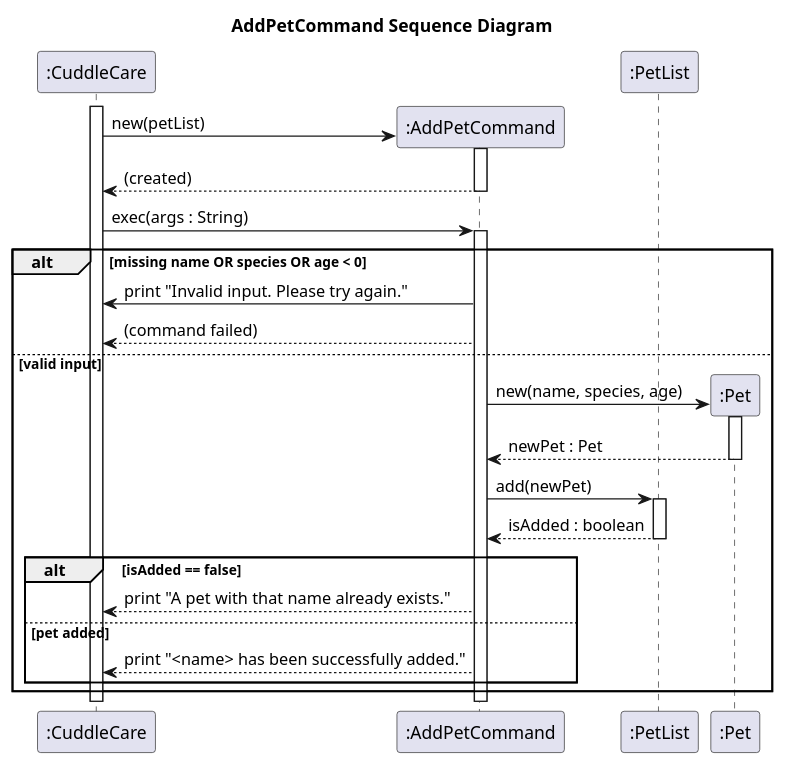
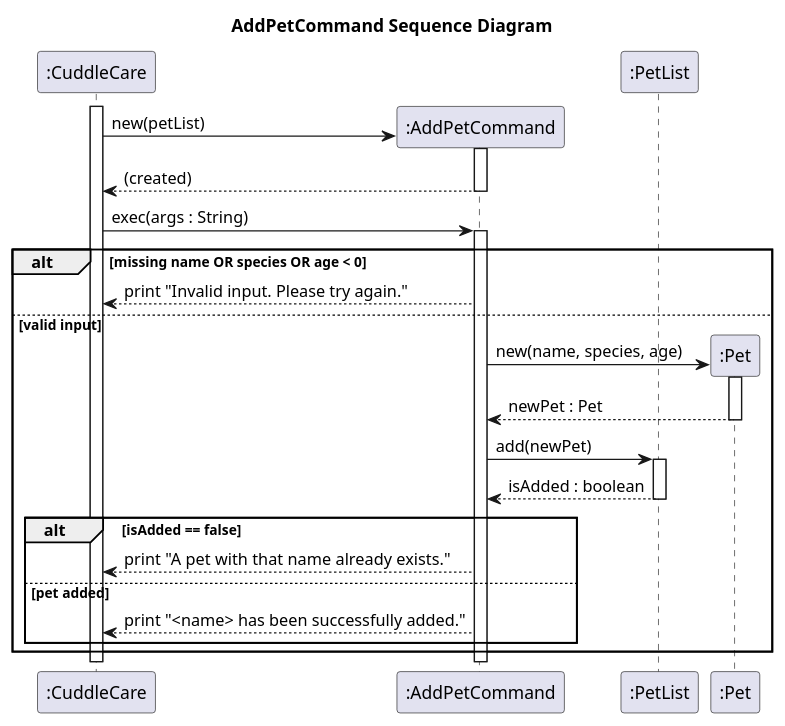
Before and after one commit to Kevin88866/tp: the diagram in docs/uml/AddPetCommandSequenceDiagram.puml, drawn with PlantUML. The commit also changed 1 other file, not shown here.

Commit message:
Fix command failed with print

```diff
--- a/docs/uml/AddPetCommandSequenceDiagram.puml
+++ b/docs/uml/AddPetCommandSequenceDiagram.puml
@@ -1,45 +1,44 @@
 @startuml
 title AddPetCommand Sequence Diagram
 
 participant ":CuddleCare" as CuddleCare
 participant ":AddPetCommand" as AddPetCommand
 participant ":PetList" as PetList
 participant ":Pet" as Pet
 
 activate CuddleCare
 
 ' Constructor
 CuddleCare -> AddPetCommand** : new(petList)
 activate AddPetCommand
 return (created)
 
 ' Exec Method
 CuddleCare -> AddPetCommand : exec(args : String)
 activate AddPetCommand
 
 ' Invalid input case
 alt missing name OR species OR age < 0
-    AddPetCommand -> CuddleCare : print "Invalid input. Please try again."
-    AddPetCommand --> CuddleCare : (command failed)
+    AddPetCommand --> CuddleCare : print "Invalid input. Please try again."
 
 else valid input
     ' Create Pet object
     AddPetCommand -> Pet** : new(name, species, age)
     activate Pet
     return newPet : Pet
 
     ' Add to PetList
     AddPetCommand -> PetList : add(newPet)
     activate PetList
     return isAdded : boolean
 
     ' Duplicate pet case
     alt isAdded == false
         AddPetCommand --> CuddleCare : print "A pet with that name already exists."
 
     else pet added
         AddPetCommand --> CuddleCare : print "<name> has been successfully added."
     end
 end
 
 @enduml
```
